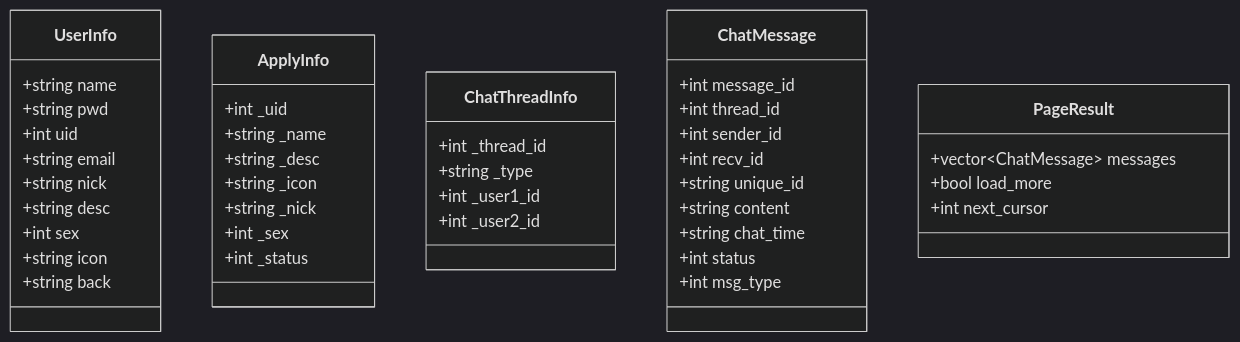
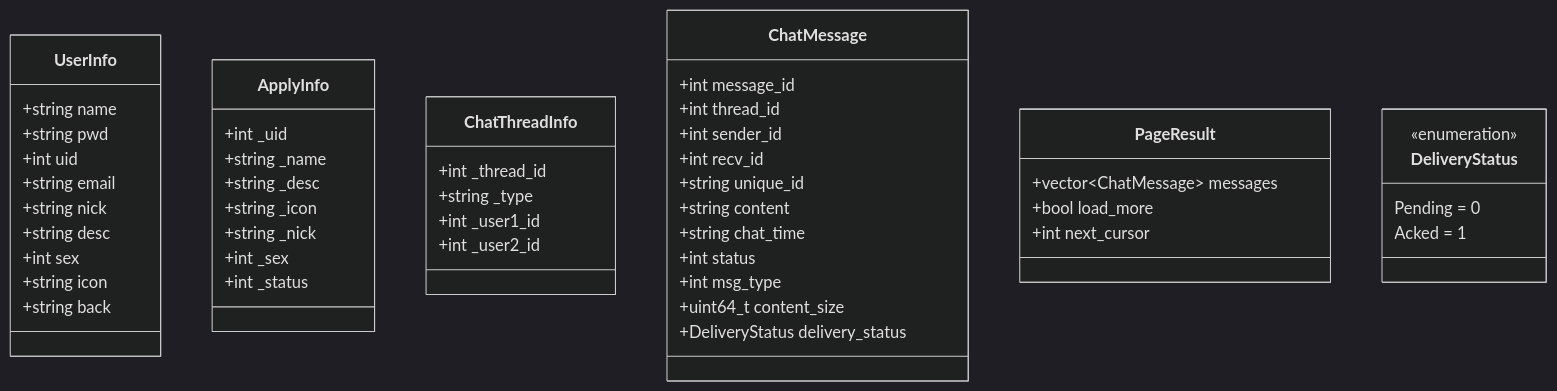
The third of 4 diagrams in .qoder/repowiki/zh/content/数据库设计/数据库表结构/数据库表结构.md (echo9923/mychatter), drawn with Mermaid (dark theme) before and after one commit. The commit also changed other lines of this file and 54 other files, not shown here.

````diff
--- a/.qoder/repowiki/zh/content/数据库设计/数据库表结构/数据库表结构.md
+++ b/.qoder/repowiki/zh/content/数据库设计/数据库表结构/数据库表结构.md
@@ -317,45 +344,52 @@
 ```mermaid
 classDiagram
 class UserInfo {
 +string name
 +string pwd
 +int uid
 +string email
 +string nick
 +string desc
 +int sex
 +string icon
 +string back
 }
 class ApplyInfo {
 +int _uid
 +string _name
 +string _desc
 +string _icon
 +string _nick
 +int _sex
 +int _status
 }
 class ChatThreadInfo {
 +int _thread_id
 +string _type
 +int _user1_id
 +int _user2_id
 }
 class ChatMessage {
 +int message_id
 +int thread_id
 +int sender_id
 +int recv_id
 +string unique_id
 +string content
 +string chat_time
 +int status
 +int msg_type
++uint64_t content_size
++DeliveryStatus delivery_status
 }
 class PageResult {
 +vector~ChatMessage~ messages
 +bool load_more
 +int next_cursor
 }
+class DeliveryStatus {
+<<enumeration>>
+Pending = 0
+Acked = 1
+}
 ```
````
